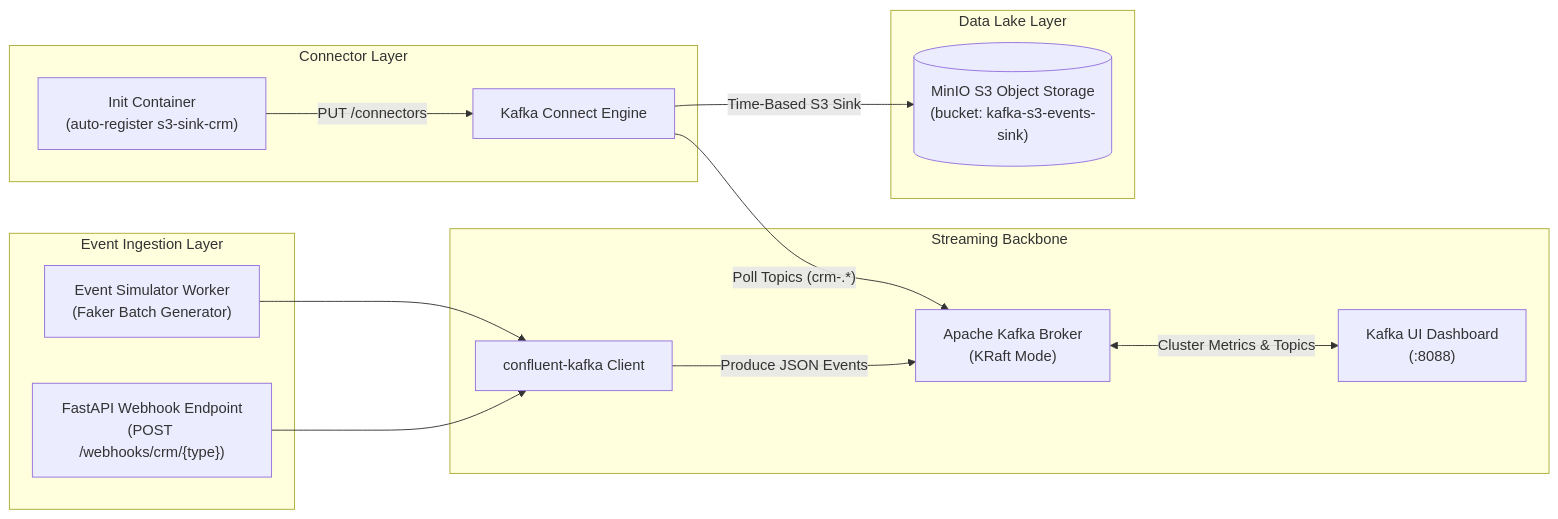
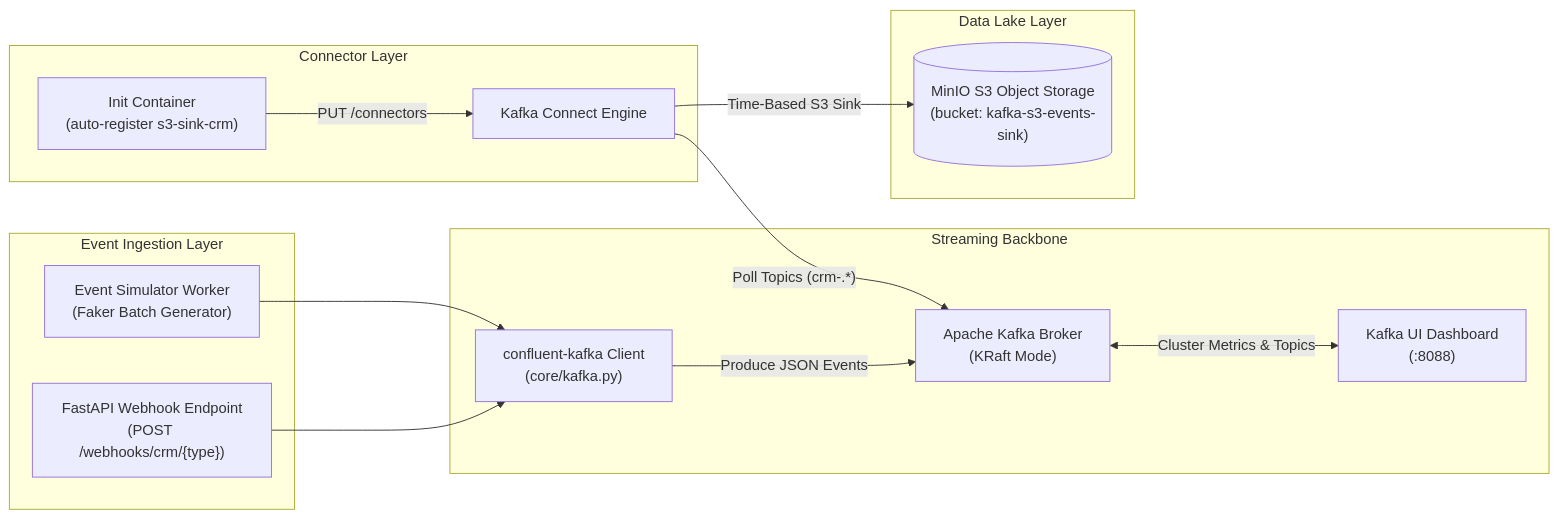
The diagram in ARCHITECTURE.md (gomespgp/python-kafka-s3-event-pipeline), drawn with Mermaid before and after one commit. The commit also changed other lines of this file and 39 other files, not shown here.

First line of the commit message:
feat(producer): modularize fastapi architecture, add pytest suite and ci workflow

````diff
--- a/ARCHITECTURE.md
+++ b/ARCHITECTURE.md
@@ -11,30 +13,30 @@
 ```mermaid
 flowchart LR
     subgraph Producers [Event Ingestion Layer]
         API["FastAPI Webhook Endpoint\n(POST /webhooks/crm/{type})"]
         Sim["Event Simulator Worker\n(Faker Batch Generator)"]
     end
 
     subgraph Messaging [Streaming Backbone]
-        ProducerClient["confluent-kafka Client"]
+        ProducerClient["confluent-kafka Client\n(core/kafka.py)"]
         Kafka["Apache Kafka Broker\n(KRaft Mode)"]
         KafkaUI["Kafka UI Dashboard\n(:8088)"]
     end
 
     subgraph Integration [Connector Layer]
         KafkaConnect["Kafka Connect Engine"]
         InitScript["Init Container\n(auto-register s3-sink-crm)"]
     end
 
     subgraph Storage [Data Lake Layer]
         MinIO[("MinIO S3 Object Storage\n(bucket: kafka-s3-events-sink)")]
     end
 
     API --> ProducerClient
     Sim --> ProducerClient
     ProducerClient -->|"Produce JSON Events"| Kafka
     Kafka <-->|"Cluster Metrics & Topics"| KafkaUI
     InitScript -->|"PUT /connectors"| KafkaConnect
     KafkaConnect -->|"Poll Topics (crm-.*)"| Kafka
     KafkaConnect -->|"Time-Based S3 Sink"| MinIO
 ```
````
